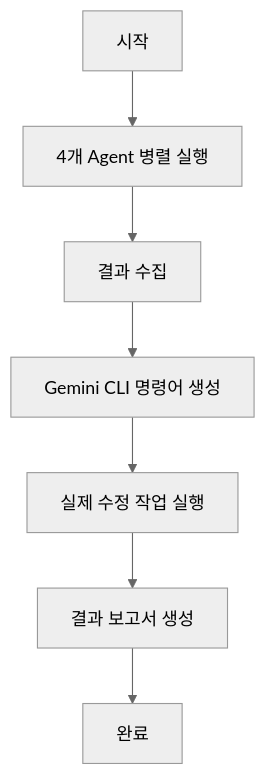
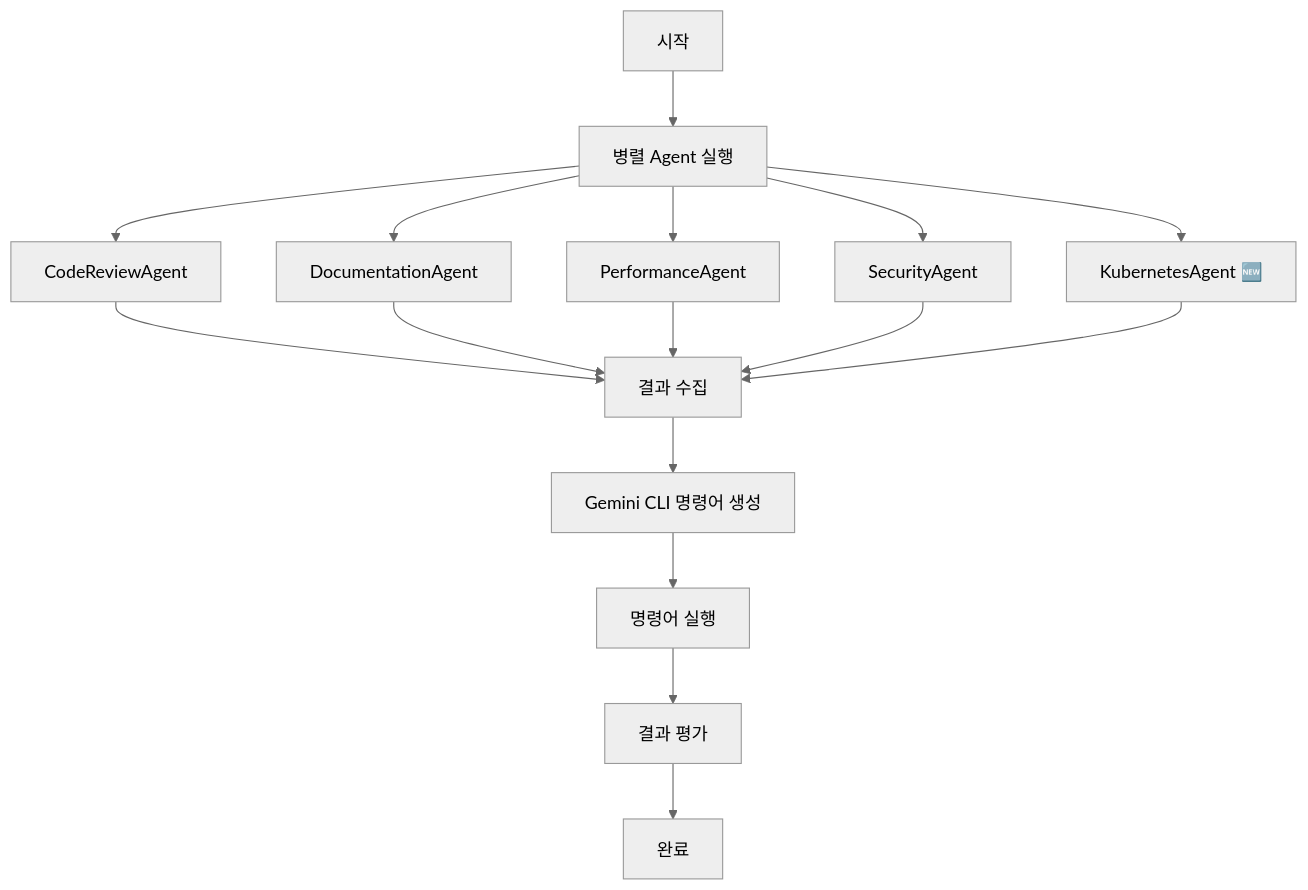
Before and after one commit to ppijbb/mcp_agent: the first of 2 diagrams in srcs/multi_agent_automation_service/README.md, drawn with Mermaid (neutral theme). The commit also changed other lines of this file and 33 other files, not shown here.

First line of the commit message:
🏗️refactor: Remove Deprecated Kubernetes & Cloud Operations Agent Components

````diff
--- a/srcs/multi_agent_automation_service/README.md
+++ b/srcs/multi_agent_automation_service/README.md
@@ -228,9 +291,18 @@
 ```mermaid
 graph TD
-    A[시작] --> B[4개 Agent 병렬 실행]
-    B --> C[결과 수집]
-    C --> D[Gemini CLI 명령어 생성]
-    D --> E[실제 수정 작업 실행]
-    E --> F[결과 보고서 생성]
-    F --> G[완료]
+    A[시작] --> B[병렬 Agent 실행]
+    B --> C[CodeReviewAgent]
+    B --> D[DocumentationAgent]
+    B --> E[PerformanceAgent]
+    B --> F[SecurityAgent]
+    B --> G[KubernetesAgent 🆕]
+    C --> H[결과 수집]
+    D --> H
+    E --> H
+    F --> H
+    G --> H
+    H --> I[Gemini CLI 명령어 생성]
+    I --> J[명령어 실행]
+    J --> K[결과 평가]
+    K --> L[완료]
 ```
````
